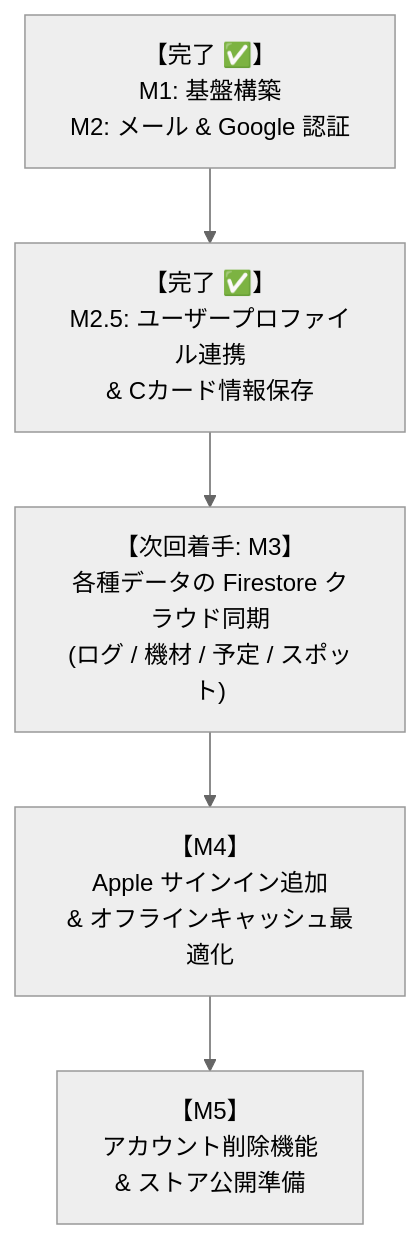
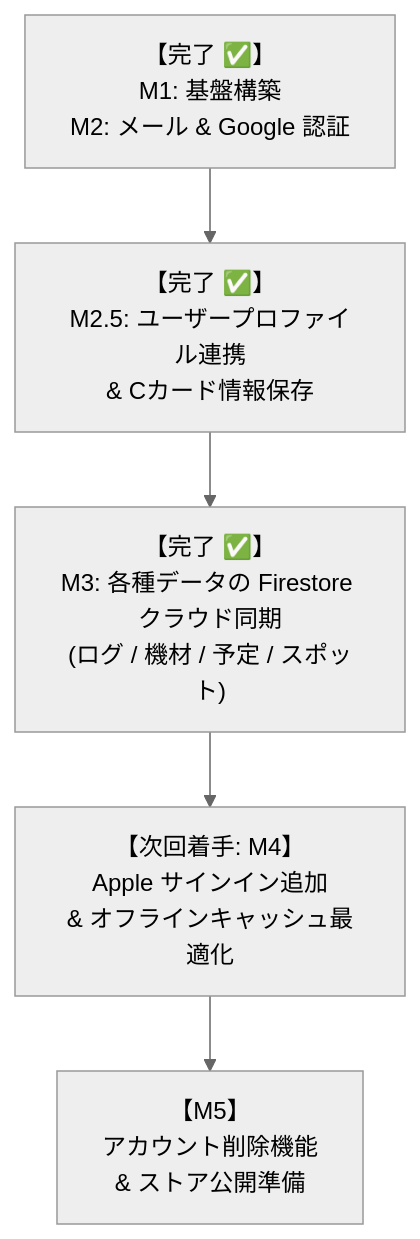
The fourth of 4 diagrams in docs/plans/account_and_backend_plan.md (LiFE-124C41/scuba-life), drawn with Mermaid (neutral theme) before and after one commit. The commit also changed other lines of this file and 15 other files, not shown here.

````diff
--- a/docs/plans/account_and_backend_plan.md
+++ b/docs/plans/account_and_backend_plan.md
@@ -321,7 +348,7 @@
 ```mermaid
 flowchart TD
     M1_M2["【完了 ✅】<br>M1: 基盤構築<br>M2: メール & Google 認証"] --> M2_5["【完了 ✅】<br>M2.5: ユーザープロファイル連携<br>& Cカード情報保存"]
-    M2_5 --> M3["【次回着手: M3】<br>各種データの Firestore クラウド同期<br>(ログ / 機材 / 予定 / スポット)"]
-    M3 --> M4["【M4】<br>Apple サインイン追加<br>& オフラインキャッシュ最適化"]
+    M2_5 --> M3["【完了 ✅】<br>M3: 各種データの Firestore クラウド同期<br>(ログ / 機材 / 予定 / スポット)"]
+    M3 --> M4["【次回着手: M4】<br>Apple サインイン追加<br>& オフラインキャッシュ最適化"]
     M4 --> M5["【M5】<br>アカウント削除機能<br>& ストア公開準備"]
 ```
````
